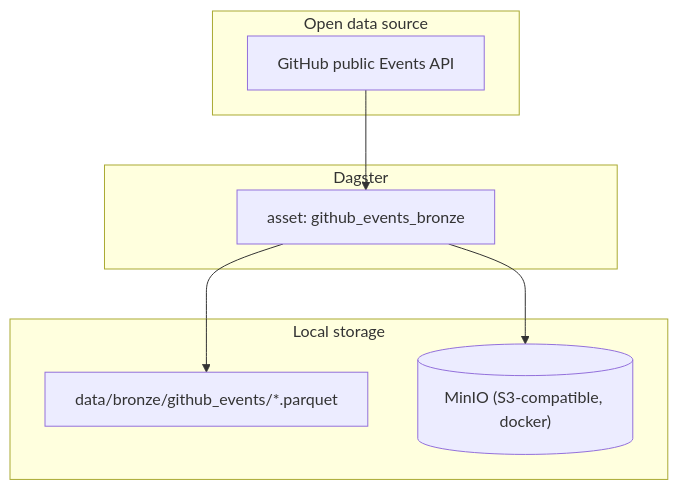
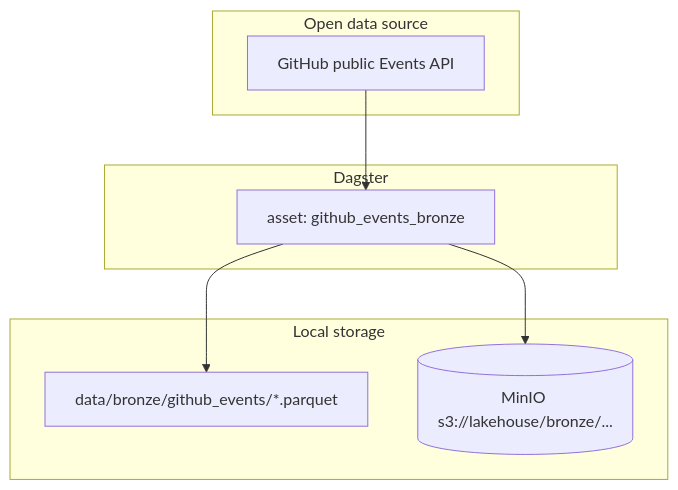
Before and after one commit to tessOu56/lakehouse-lab: the first of 2 diagrams in docs/architecture/system-overview.md, drawn with Mermaid. The commit also changed other lines of this file and 6 other files, not shown here.

First line of the commit message:
feat: wire bronze Parquet to MinIO and add pytest CI

````diff
--- a/docs/architecture/system-overview.md
+++ b/docs/architecture/system-overview.md
@@ -11,16 +11,16 @@
 ```mermaid
 flowchart TB
   subgraph src ["Open data source"]
     GH["GitHub public Events API"]
   end
   subgraph dagster ["Dagster"]
     Asset["asset: github_events_bronze"]
   end
   subgraph storage ["Local storage"]
     Bronze["data/bronze/github_events/*.parquet"]
-    MinIO[("MinIO (S3-compatible, docker)")]
+    MinIO[("MinIO s3://lakehouse/bronze/...")]
   end
   GH --> Asset
   Asset --> Bronze
   Asset --> MinIO
 ```
````
